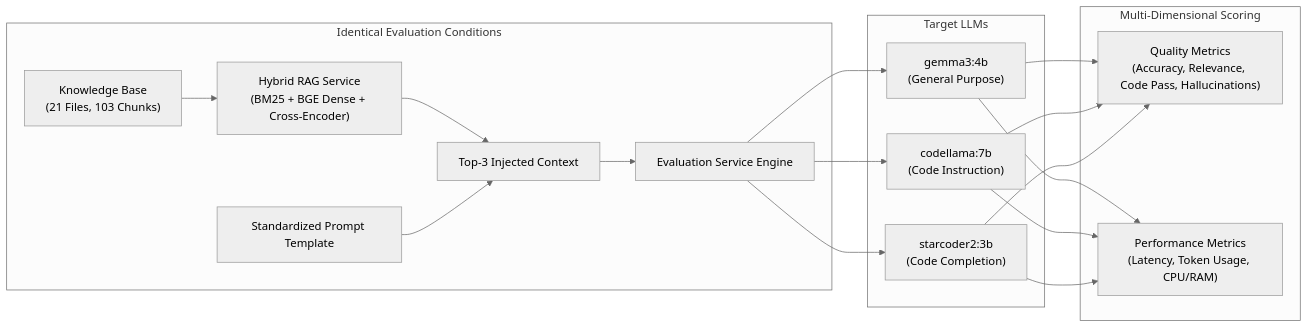
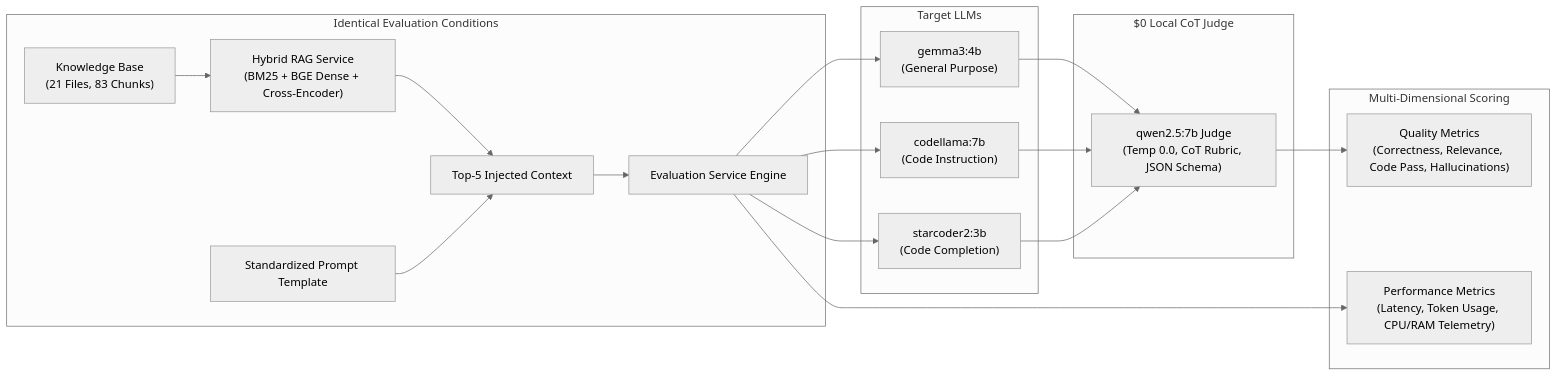
The first of 2 diagrams in LAB4_REPORT.md (Spidey-d3v/apiCopilot), drawn with Mermaid (neutral theme) before and after one commit. The commit also changed other lines of this file and 10 other files, not shown here.

````diff
--- a/LAB4_REPORT.md
+++ b/LAB4_REPORT.md
@@ -9,20 +11,24 @@
 ```mermaid
 flowchart LR
     subgraph Pipeline["Identical Evaluation Conditions"]
-        KB["Knowledge Base<br/>(21 Files, 103 Chunks)"] --> RAG["Hybrid RAG Service<br/>(BM25 + BGE Dense + Cross-Encoder)"]
-        RAG --> Context["Top-3 Injected Context"]
+        KB["Knowledge Base<br/>(21 Files, 83 Chunks)"] --> RAG["Hybrid RAG Service<br/>(BM25 + BGE Dense + Cross-Encoder)"]
+        RAG --> Context["Top-5 Injected Context"]
         Prompt["Standardized Prompt Template"] --> Context
         Context --> Eval["Evaluation Service Engine"]
     end
 
     subgraph Models["Target LLMs"]
         Eval --> M1["gemma3:4b<br/>(General Purpose)"]
         Eval --> M2["codellama:7b<br/>(Code Instruction)"]
         Eval --> M3["starcoder2:3b<br/>(Code Completion)"]
     end
 
+    subgraph Judge["$0 Local CoT Judge"]
+        M1 & M2 & M3 --> QW["qwen2.5:7b Judge<br/>(Temp 0.0, CoT Rubric, JSON Schema)"]
+    end
+
     subgraph Metrics["Multi-Dimensional Scoring"]
-        M1 & M2 & M3 --> Q["Quality Metrics<br/>(Accuracy, Relevance, Code Pass, Hallucinations)"]
-        M1 & M2 & M3 --> P["Performance Metrics<br/>(Latency, Token Usage, CPU/RAM)"]
+        QW --> Q["Quality Metrics<br/>(Correctness, Relevance, Code Pass, Hallucinations)"]
+        Eval --> P["Performance Metrics<br/>(Latency, Token Usage, CPU/RAM Telemetry)"]
     end
 ```
````
